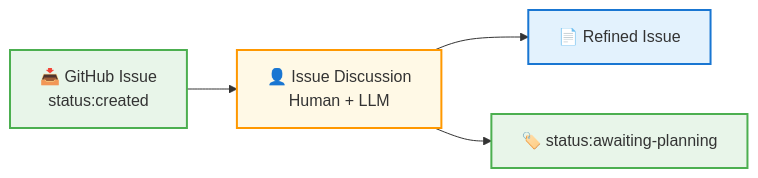
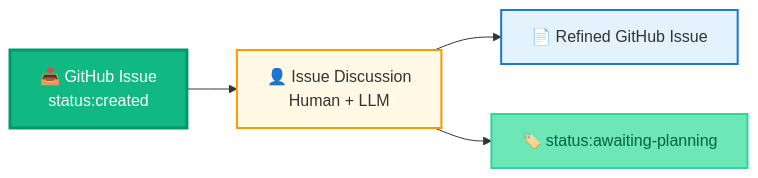
Before and after one commit to MarcusJellinghaus/mcp_coder: the second of 8 diagrams in pr_info/DEVELOPMENT_PROCESS.md, drawn with Mermaid. The commit also changed other lines of this file, not shown here.

````diff
--- a/pr_info/DEVELOPMENT_PROCESS.md
+++ b/pr_info/DEVELOPMENT_PROCESS.md
@@ -137,19 +131,21 @@
 ```mermaid
 flowchart LR
     Input[📥 GitHub Issue<br/>status:created]
     Process[👤 Issue Discussion<br/>Human + LLM]
-    Output1[📄 Refined Issue]
+    Output1[📄 Refined GitHub Issue]
     Output2[🏷️ status:awaiting-planning]
     
     Input --> Process
     Process --> Output1
     Process --> Output2
     
-    classDef status fill:#e8f5e9,stroke:#4caf50,stroke-width:2px
+    classDef statusCreated fill:#10b981,stroke:#059669,stroke-width:3px,color:#ffffff
+    classDef statusAwaitingPlanning fill:#6ee7b7,stroke:#34d399,stroke-width:2px,color:#065f46
     classDef artifact fill:#e3f2fd,stroke:#1976d2,stroke-width:2px
     classDef process fill:#fff9e6,stroke:#ff9800,stroke-width:2px
     
-    class Input,Output2 status
+    class Input statusCreated
+    class Output2 statusAwaitingPlanning
     class Output1 artifact
     class Process process
 ```
````
